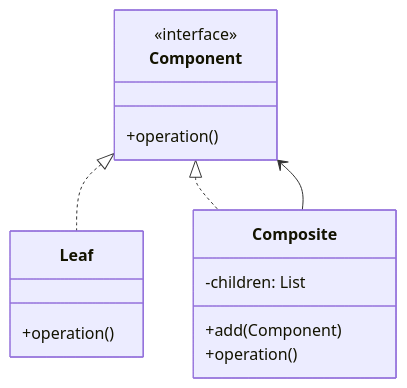
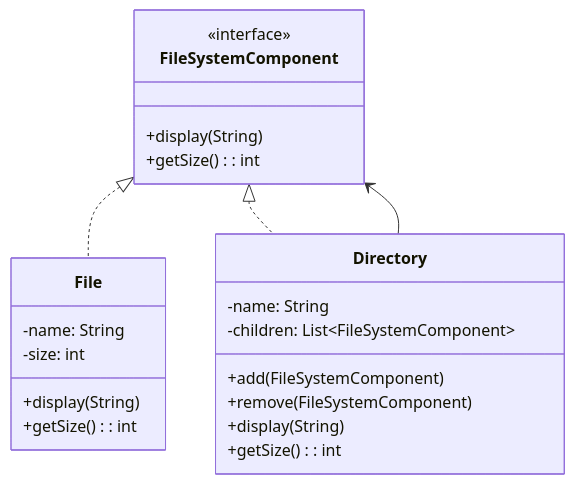
Before and after one commit to welldesignedsystem/welldesignedsystem.github.io: the eighth of 23 diagrams in content/english/blog/system_design/core_design_patterns.md, drawn with Mermaid. The commit also changed other lines of this file and 1 other file, not shown here.

````diff
--- a/content/english/blog/system_design/core_design_patterns.md
+++ b/content/english/blog/system_design/core_design_patterns.md
@@ -441,18 +594,25 @@
 ```mermaid
 classDiagram
-    class Component {
+    class FileSystemComponent {
         <<interface>>
-        +operation()
+        +display(String)
+        +getSize(): int
     }
-    class Leaf {
-        +operation()
+    class File {
+        -name: String
+        -size: int
+        +display(String)
+        +getSize(): int
     }
-    class Composite {
-        -children: List<Component>
-        +add(Component)
-        +operation()
+    class Directory {
+        -name: String
+        -children: List~FileSystemComponent~
+        +add(FileSystemComponent)
+        +remove(FileSystemComponent)
+        +display(String)
+        +getSize(): int
     }
-    Component <|.. Leaf
-    Component <|.. Composite
-    Composite --> Component
+    FileSystemComponent <|.. File
+    FileSystemComponent <|.. Directory
+    Directory --> FileSystemComponent
 ```
````
